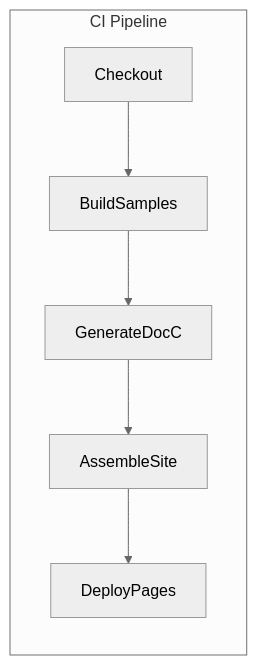
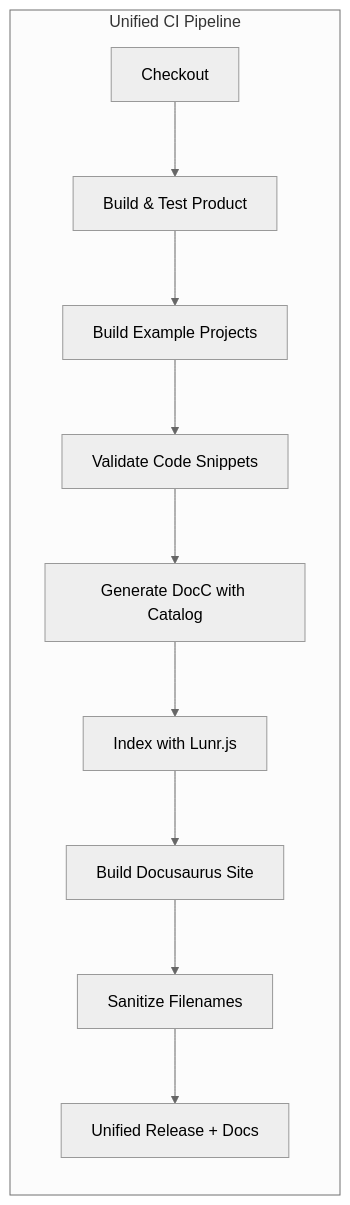
Before and after one commit to chrisns/audiocap-recorder: the diagram in .kiro/specs/sdk-documentation/design.md, drawn with Mermaid (neutral theme). The commit also changed other lines of this file and 1 other file, not shown here.

````diff
--- a/.kiro/specs/sdk-documentation/design.md
+++ b/.kiro/specs/sdk-documentation/design.md
@@ -15,9 +15,13 @@
 ```mermaid
 flowchart LR
-    subgraph CI Pipeline
-        Checkout --> BuildSamples
-        BuildSamples --> GenerateDocC
-        GenerateDocC --> AssembleSite
-        AssembleSite --> DeployPages
+    subgraph Unified CI Pipeline
+        Checkout --> BuildTest[Build & Test Product]
+        BuildTest --> BuildSamples[Build Example Projects]
+        BuildSamples --> ValidateSnippets[Validate Code Snippets]
+        ValidateSnippets --> GenerateDocC[Generate DocC with Catalog]
+        GenerateDocC --> IndexSearch[Index with Lunr.js]
+        IndexSearch --> BuildDocusaurus[Build Docusaurus Site]
+        BuildDocusaurus --> SanitizeFiles[Sanitize Filenames]
+        SanitizeFiles --> UnifiedRelease[Unified Release + Docs]
     end
 ```
````
